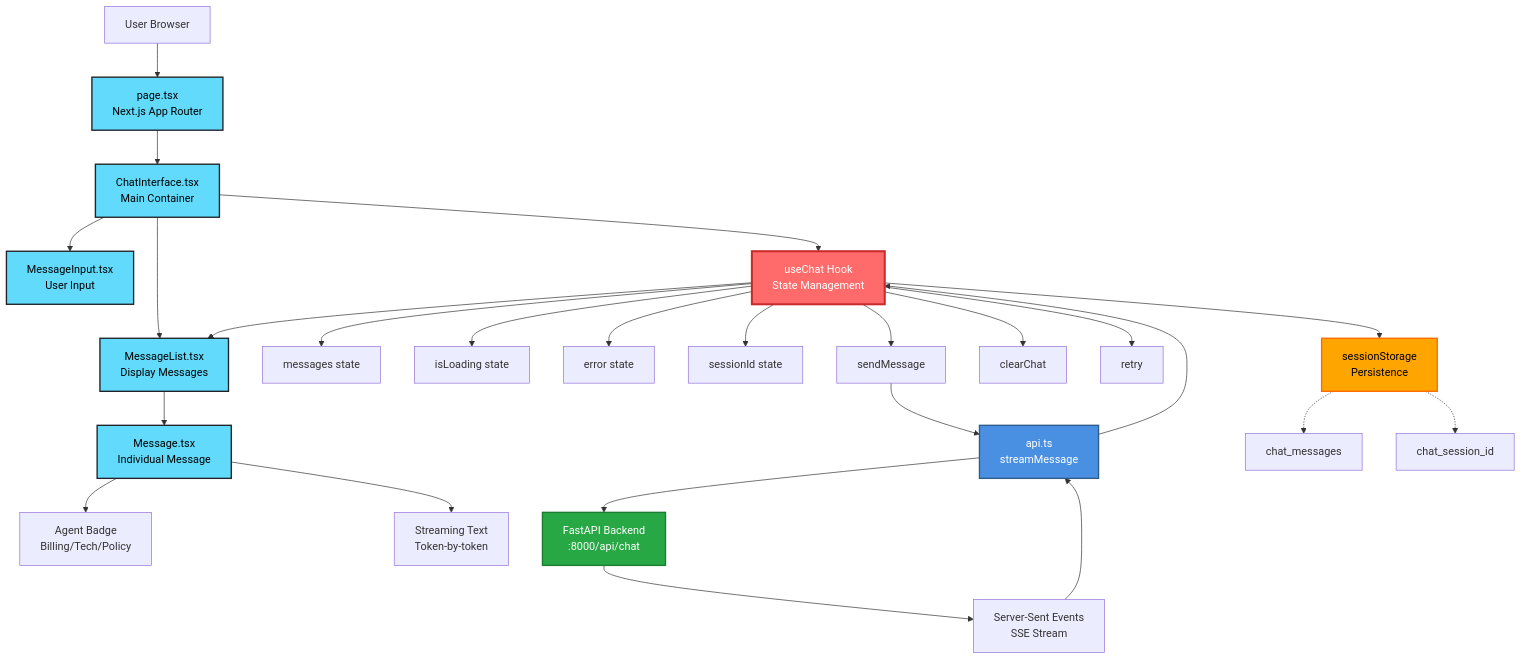
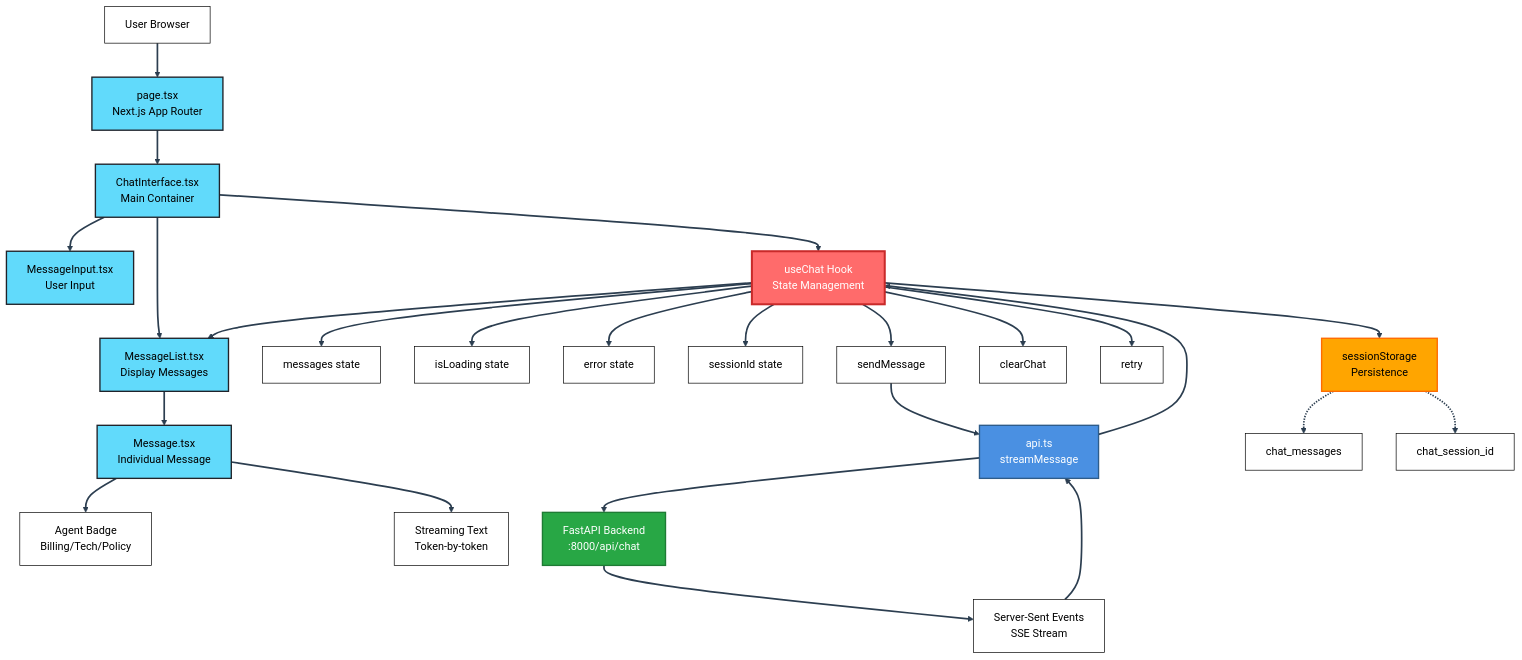
One commit to fly2safa/multi-agent-customer-service changed the second of 2 diagrams in README.md. Above: the diagram before and after it, drawn with Mermaid. The commit also changed other lines of this file, not shown here.

Commit message:
Enhance Mermaid diagrams with darker arrows and add audio controls documentation

````diff
--- a/README.md
+++ b/README.md
@@ -85,45 +84,48 @@
 ```mermaid
+%%{init: {'theme':'base', 'themeVariables': { 'primaryColor':'#fff','primaryTextColor':'#000','primaryBorderColor':'#000','lineColor':'#2c3e50','edgeLabelBackground':'#fff','tertiaryColor':'#fff'}}}%%
 graph TB
     A[User Browser] --> B[page.tsx<br/>Next.js App Router]
     B --> C[ChatInterface.tsx<br/>Main Container]
     
     C --> D[MessageList.tsx<br/>Display Messages]
     C --> E[MessageInput.tsx<br/>User Input]
     
     C --> F[useChat Hook<br/>State Management]
     
     F --> G[messages state]
     F --> H[isLoading state]
     F --> I[error state]
     F --> J[sessionId state]
     
     F --> K[sendMessage]
     F --> L[clearChat]
     F --> M[retry]
     
     F --> D
     
     D --> T[Message.tsx<br/>Individual Message]
     T --> U[Agent Badge<br/>Billing/Tech/Policy]
     T --> V[Streaming Text<br/>Token-by-token]
     
     K --> N[api.ts<br/>streamMessage]
     N --> O[FastAPI Backend<br/>:8000/api/chat]
     O --> P[Server-Sent Events<br/>SSE Stream]
     P --> N
     N --> F
     
     F --> Q[sessionStorage<br/>Persistence]
     Q -.-> R[chat_messages]
     Q -.-> S[chat_session_id]
     
     style B fill:#61DAFB,stroke:#20232A,stroke-width:2px,color:#000
     style C fill:#61DAFB,stroke:#20232A,stroke-width:2px,color:#000
     style D fill:#61DAFB,stroke:#20232A,stroke-width:2px,color:#000
     style E fill:#61DAFB,stroke:#20232A,stroke-width:2px,color:#000
     style F fill:#FF6B6B,stroke:#C92A2A,stroke-width:3px,color:#FFF
     style N fill:#4A90E2,stroke:#2E5C8A,stroke-width:2px,color:#FFF
     style O fill:#28A745,stroke:#1E7B34,stroke-width:2px,color:#FFF
     style Q fill:#FFA500,stroke:#FF6B00,stroke-width:2px,color:#000
     style T fill:#61DAFB,stroke:#20232A,stroke-width:2px,color:#000
+    
+    linkStyle default stroke:#2c3e50,stroke-width:2.5px
 ```
````
